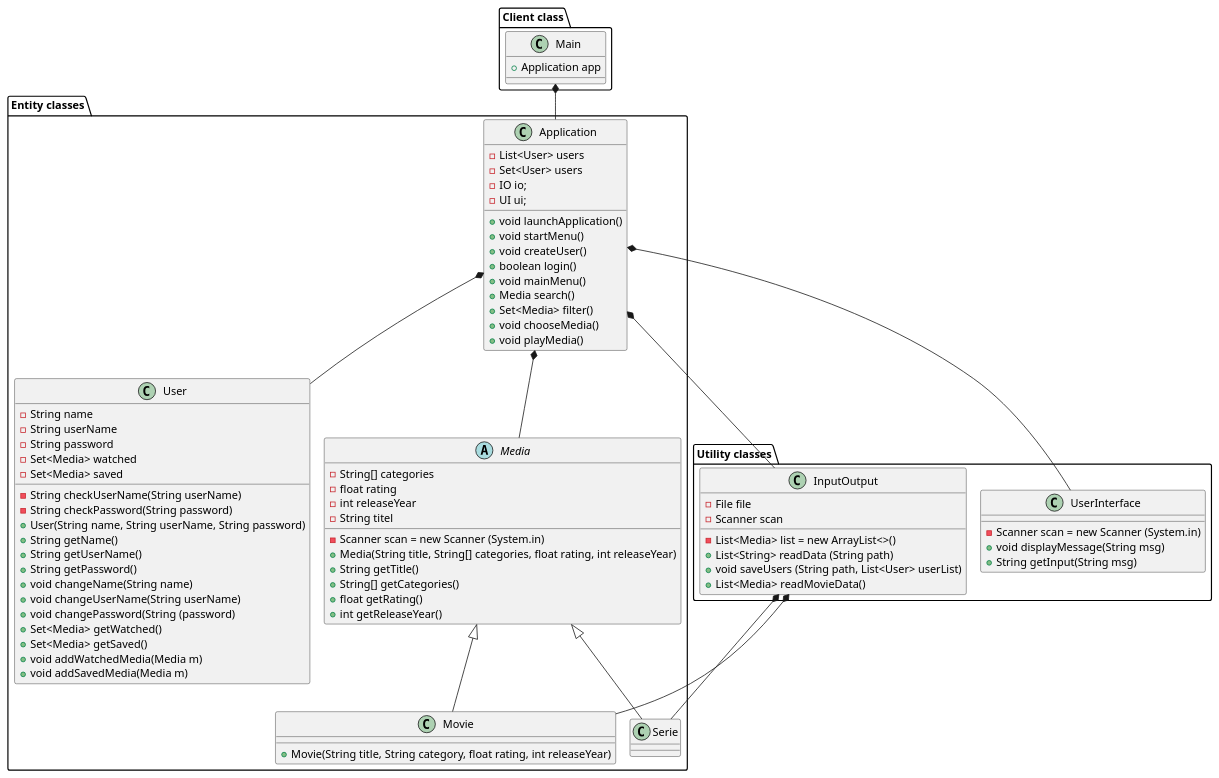
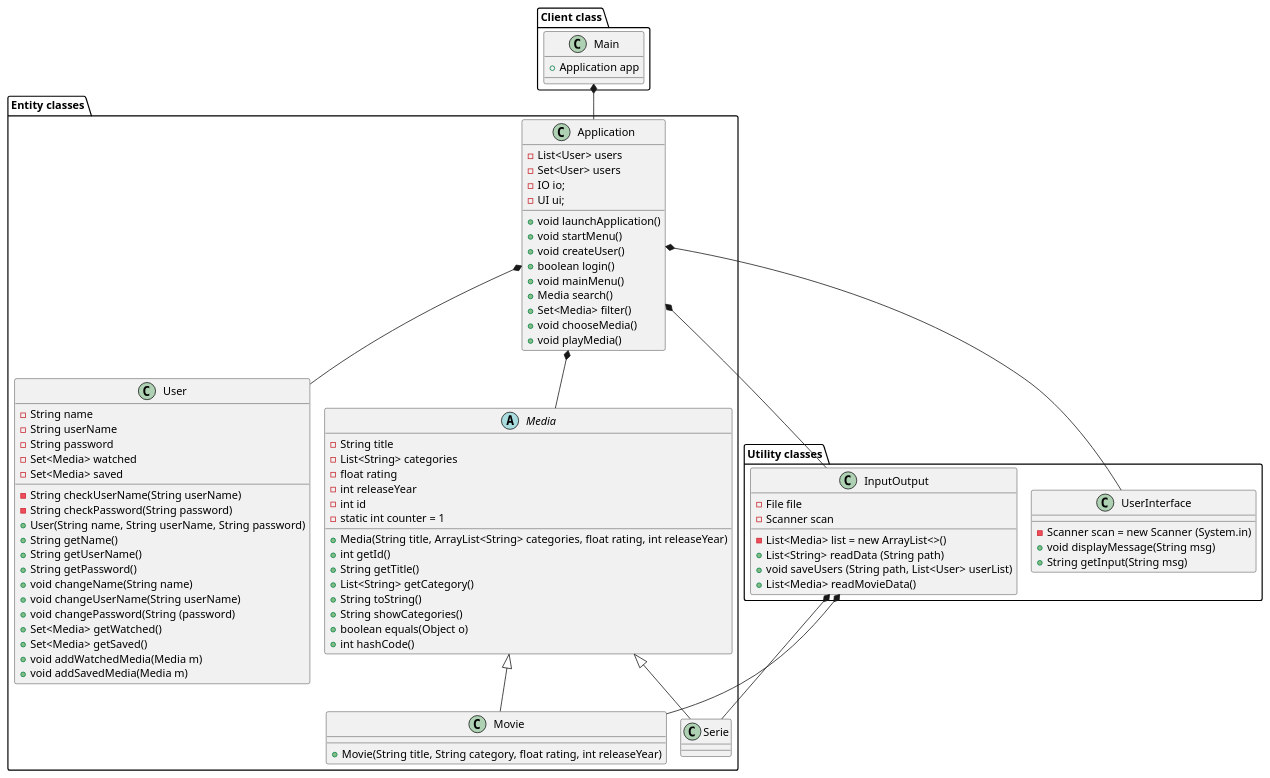
Before and after one commit to badranyoussef/SP3: the diagram in src/Documents/classDiagram.puml, drawn with PlantUML. The commit also changed 3 other files, not shown here.

Commit message:
Media klassediagram

```diff
--- a/src/Documents/classDiagram.puml
+++ b/src/Documents/classDiagram.puml
@@ -1,97 +1,101 @@
 @startuml
 'https://plantuml.com/class-diagram
 !pragma layout smetana
 
 'Client Package
 package "Client class"{
 class Main
 }
 
 'Utility Package
 package "Utility classes"{
 class UserInterface
 class InputOutput
 }
 
 'Entity Package
 package "Entity classes"{
 class Movie
 class Serie
 class Application
 class User
 abstract Media
 }
 
 'Label on Relations !MANGLER
 Application *-- UserInterface
 Application *-- InputOutput
 Application *-- User
 Application *-- Media
 Media <|-- Serie
 Media <|-- Movie
 InputOutput *-- Movie
 InputOutput *-- Serie
 Main *-- Application
 
 'Class Methods & Attributes
 Main : + Application app
 
 Application : - List<User> users
 Application : - Set<User> users
 Application : - IO io;
 Application : - UI ui;
 Application : + void launchApplication()
 Application : + void startMenu()
 Application : + void createUser()
 Application : + boolean login()
 Application : + void mainMenu()
 Application : + Media search()
 Application : + Set<Media> filter()
 Application : + void chooseMedia()
 Application : + void playMedia()
 
 User : - String name
 User : - String userName
 User : - String password
 User : - Set<Media> watched
 User : - Set<Media> saved
 User : - String checkUserName(String userName)
 User : - String checkPassword(String password)
 User : + User(String name, String userName, String password)
 User : + String getName()
 User : + String getUserName()
 User : + String getPassword()
 User : + void changeName(String name)
 User : + void changeUserName(String userName)
 User : + void changePassword(String (password)
 User : + Set<Media> getWatched()
 User : + Set<Media> getSaved()
 User : + void addWatchedMedia(Media m)
 User : + void addSavedMedia(Media m)
 
 
 InputOutput : - File file
 InputOutput : - Scanner scan
 InputOutput : - List<Media> list = new ArrayList<>()
 InputOutput : + List<String> readData (String path)
 InputOutput : + void saveUsers (String path, List<User> userList)
 InputOutput : + List<Media> readMovieData()
 
 UserInterface : - Scanner scan = new Scanner (System.in)
 UserInterface : + void displayMessage(String msg)
 UserInterface : + String getInput(String msg)
 
-Media : - Scanner scan = new Scanner (System.in)
-Media : - String[] categories
+Media : - String title
+Media : - List<String> categories
 Media : - float rating
 Media : - int releaseYear
-Media : - String titel
-Media : + Media(String title, String[] categories, float rating, int releaseYear)
+Media : - int id
+Media : - static int counter = 1
+Media : + Media(String title, ArrayList<String> categories, float rating, int releaseYear)
+Media : + int getId()
 Media : + String getTitle()
-Media : + String[] getCategories()
-Media : + float getRating()
-Media : + int getReleaseYear()
+Media : + List<String> getCategory()
+Media : + String toString()
+Media : + String showCategories()
+Media : + boolean equals(Object o)
+Media : + int hashCode()
 
 Movie : + Movie(String title, String category, float rating, int releaseYear)
 
 @enduml
```
